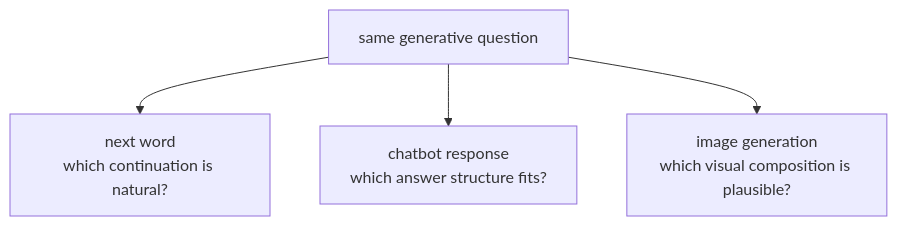
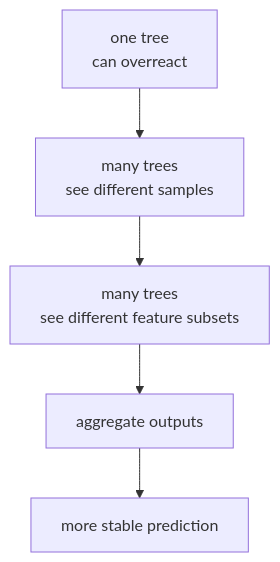
Before and after one commit to devchan64/AiBook: the second of 2 diagrams in docs/parts/part-04/chapter-15/section-01.md, drawn with Mermaid. The commit also changed other lines of this file and 213 other files, not shown here.

````diff
--- a/docs/parts/part-04/chapter-15/section-01.md
+++ b/docs/parts/part-04/chapter-15/section-01.md
@@ -181,11 +204,13 @@
 ```mermaid
-flowchart TD
-  A["same generative question"]
-  B["next word<br/>which continuation is natural?"]
-  C["chatbot response<br/>which answer structure fits?"]
-  D["image generation<br/>which visual composition is plausible?"]
+flowchart TB
+  A["one tree<br/>can overreact"]
+  B["many trees<br/>see different samples"]
+  C["many trees<br/>see different feature subsets"]
+  D["aggregate outputs"]
+  E["more stable prediction"]
 
   A --> B
-  A --> C
-  A --> D
+  B --> C
+  C --> D
+  D --> E
 ```
````
